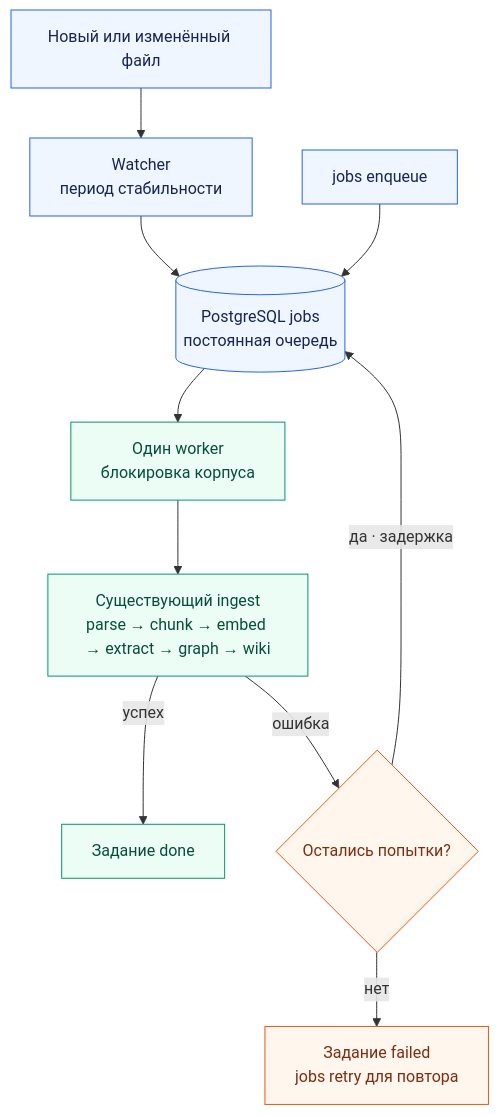
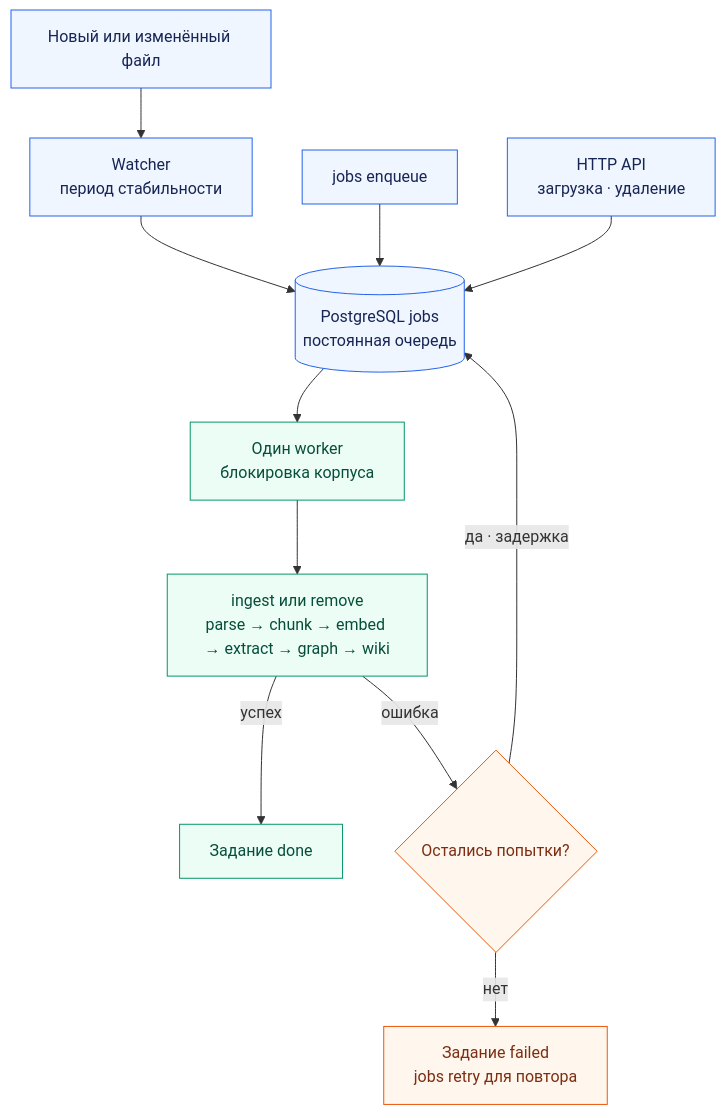
Diagram 13 of 13 in README.md (000p1umDiesel/Atlas), drawn with Mermaid before and after one commit. The commit also changed other lines of this file, not shown here.

````diff
--- a/README.md
+++ b/README.md
@@ -2166,19 +2161,20 @@
 ```mermaid
 flowchart TD
     FILE["Новый или изменённый файл"] --> STABLE["Watcher<br/>период стабильности"]
     STABLE --> QUEUE[("PostgreSQL jobs<br/>постоянная очередь")]
     MANUAL["jobs enqueue"] --> QUEUE
+    API["HTTP API<br/>загрузка · удаление"] --> QUEUE
     QUEUE --> WORKER["Один worker<br/>блокировка корпуса"]
-    WORKER --> PIPELINE["Существующий ingest<br/>parse → chunk → embed → extract → graph → wiki"]
+    WORKER --> PIPELINE["ingest или remove<br/>parse → chunk → embed → extract → graph → wiki"]
     PIPELINE -->|"успех"| DONE["Задание done"]
     PIPELINE -->|"ошибка"| RETRY{"Остались попытки?"}
     RETRY -->|"да · задержка"| QUEUE
     RETRY -->|"нет"| FAILED["Задание failed<br/>jobs retry для повтора"]
 
     classDef input fill:#eff6ff,stroke:#2563eb,color:#172554
     classDef work fill:#ecfdf5,stroke:#059669,color:#064e3b
     classDef retry fill:#fff7ed,stroke:#ea580c,color:#7c2d12
-    class FILE,STABLE,QUEUE,MANUAL input
+    class FILE,STABLE,QUEUE,MANUAL,API input
     class WORKER,PIPELINE,DONE work
     class RETRY,FAILED retry
 ```
````
